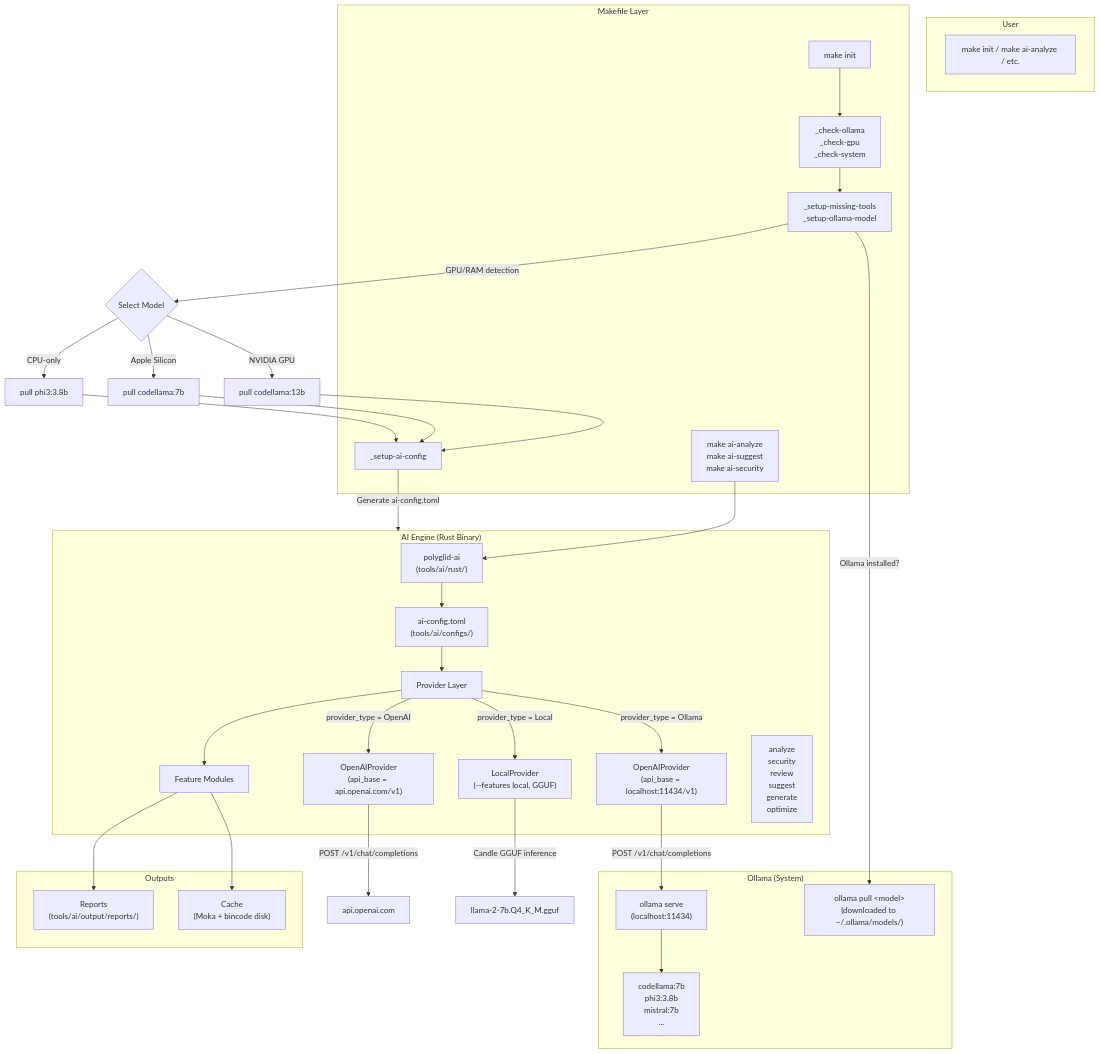
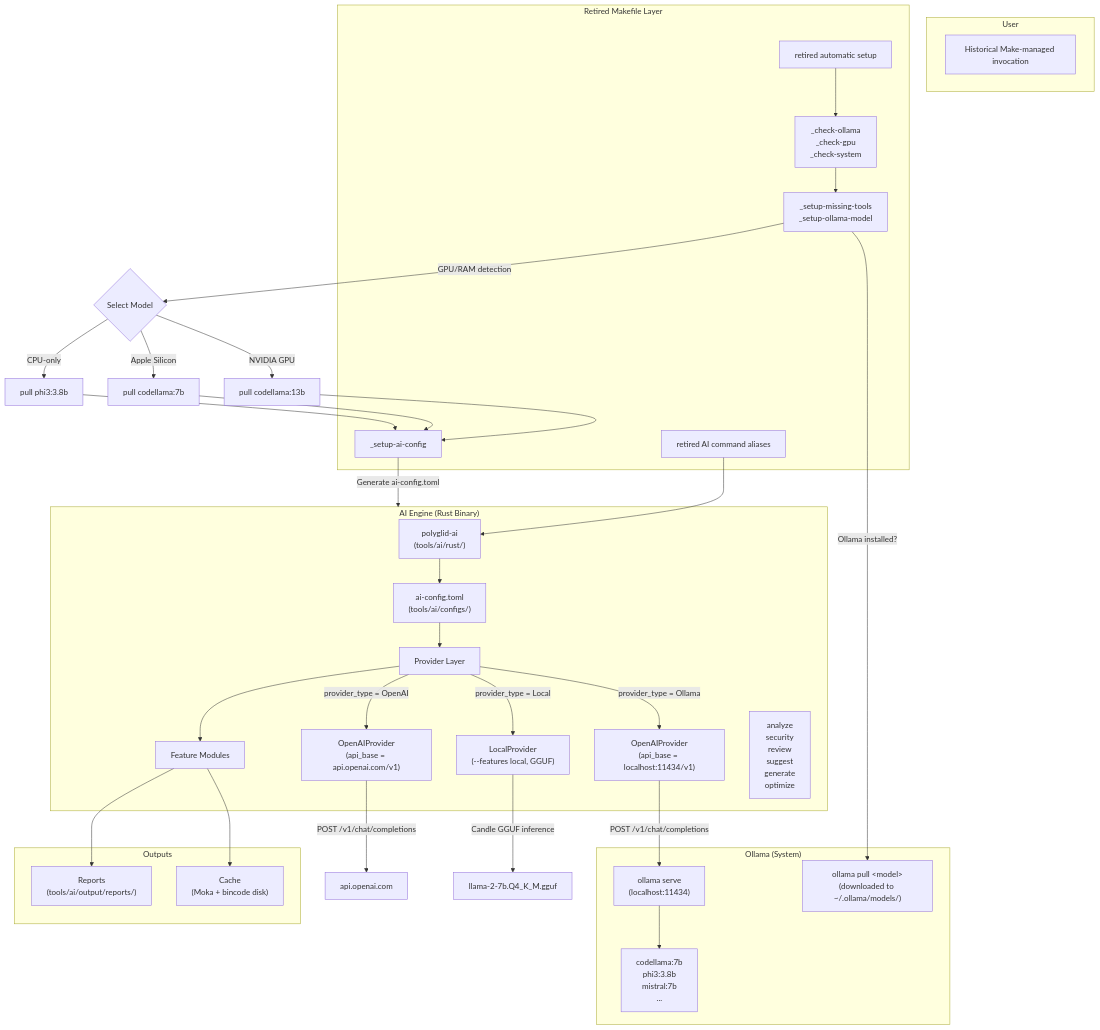
The diagram in tools/ai/ARCHITECTURE_AI.md (anonto42/poly.glid_security_workspace), drawn with Mermaid before and after one commit. The commit also changed other lines of this file and 21 other files, not shown here.

````diff
--- a/tools/ai/ARCHITECTURE_AI.md
+++ b/tools/ai/ARCHITECTURE_AI.md
@@ -3,65 +9,65 @@
 ```mermaid
 flowchart TD
     subgraph User["User"]
-        CLI["make init / make ai-analyze / etc."]
+        CLI["Historical Make-managed invocation"]
     end
 
-    subgraph Makefile["Makefile Layer"]
-        INIT["make init"]
-        AI_CMDS["make ai-analyze<br/>make ai-suggest<br/>make ai-security"]
+    subgraph Makefile["Retired Makefile Layer"]
+        INIT["retired automatic setup"]
+        AI_CMDS["retired AI command aliases"]
         CHECK["_check-ollama<br/>_check-gpu<br/>_check-system"]
         SETUP["_setup-missing-tools<br/>_setup-ollama-model"]
         CONFIG["_setup-ai-config"]
     end
 
     subgraph Ollama["Ollama (System)"]
         OLLAMA_BIN["ollama serve<br/>(localhost:11434)"]
         MODELS["codellama:7b<br/>phi3:3.8b<br/>mistral:7b<br/>..."]
 
         PULL["ollama pull &lt;model&gt;<br/>(downloaded to ~/.ollama/models/)"]
     end
 
     subgraph AI_Engine["AI Engine (Rust Binary)"]
         BIN["polyglid-ai<br/>(tools/ai/rust/)"]
         CONFIG_FILE["ai-config.toml<br/>(tools/ai/configs/)"]
 
         PROVIDER["Provider Layer"]
         OLLAMA_PROV["OpenAIProvider<br/>(api_base = localhost:11434/v1)"]
         OPENAI_PROV["OpenAIProvider<br/>(api_base = api.openai.com/v1)"]
         LOCAL_PROV["LocalProvider<br/>(--features local, GGUF)"]
 
         FEATURES["Feature Modules"]
         ANALYZE["analyze<br/>security<br/>review<br/>suggest<br/>generate<br/>optimize"]
     end
 
     subgraph Output["Outputs"]
         REPORTS["Reports<br/>(tools/ai/output/reports/)"]
         CACHE["Cache<br/>(Moka + bincode disk)"]
     end
 
     INIT --> CHECK --> SETUP
     SETUP -->|"Ollama installed?"| PULL
     SETUP -->|"GPU/RAM detection"| MODEL_SELECT{Select Model}
     MODEL_SELECT -->|"NVIDIA GPU"| PULL_CODE["pull codellama:13b"]
     MODEL_SELECT -->|"Apple Silicon"| PULL_CODE7["pull codellama:7b"]
     MODEL_SELECT -->|"CPU-only"| PULL_PHI["pull phi3:3.8b"]
     PULL_CODE --> CONFIG
     PULL_CODE7 --> CONFIG
     PULL_PHI --> CONFIG
     CONFIG -->|"Generate ai-config.toml"| AI_Engine
 
     AI_CMDS --> BIN
     BIN --> CONFIG_FILE
     CONFIG_FILE --> PROVIDER
     PROVIDER -->|"provider_type = Ollama"| OLLAMA_PROV
     PROVIDER -->|"provider_type = OpenAI"| OPENAI_PROV
     PROVIDER -->|"provider_type = Local"| LOCAL_PROV
     OLLAMA_PROV -->|"POST /v1/chat/completions"| OLLAMA_BIN
     OLLAMA_BIN --> MODELS
     OPENAI_PROV -->|"POST /v1/chat/completions"| OPENAI_API["api.openai.com"]
     LOCAL_PROV -->|"Candle GGUF inference"| GGUF["llama-2-7b.Q4_K_M.gguf"]
 
     PROVIDER --> FEATURES
     FEATURES --> REPORTS
     FEATURES --> CACHE
 ```
````
